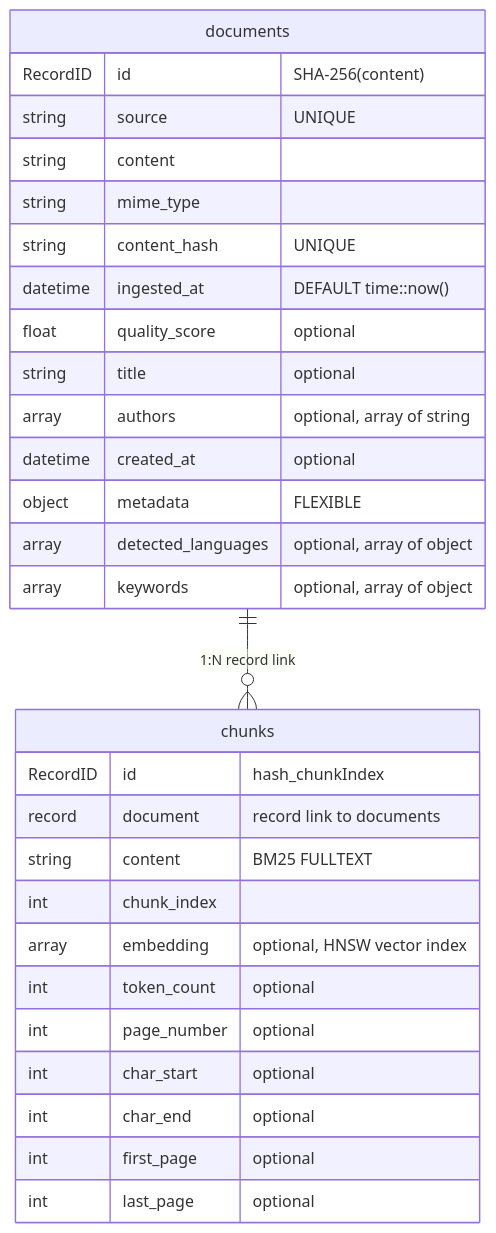
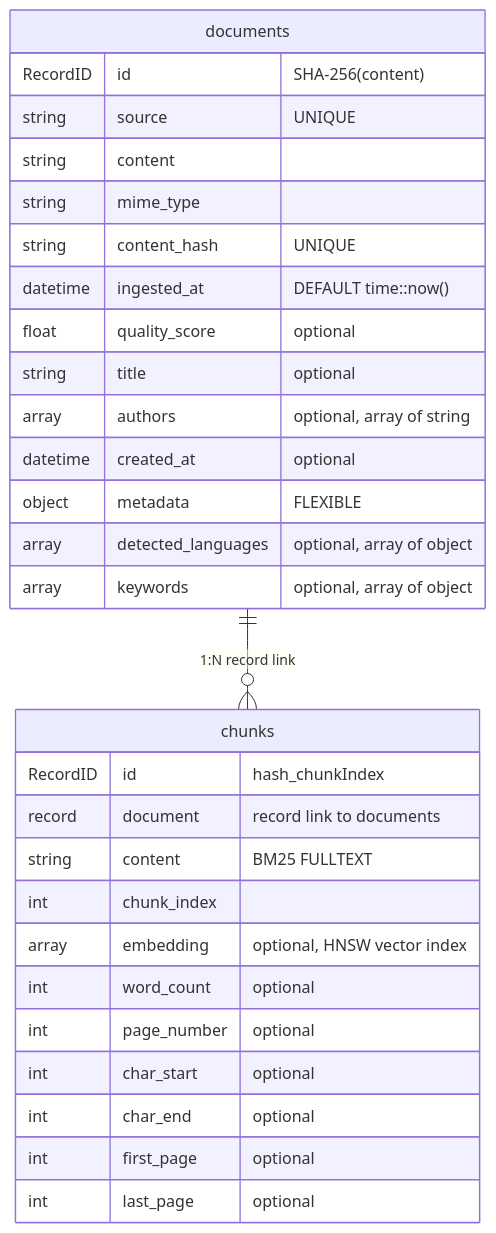
One commit to kreuzberg-dev/kreuzberg-surrealdb changed the second of 2 diagrams in README.md. Above: the diagram before and after it, drawn with Mermaid. The commit also changed 12 other files, not shown here.

````diff
--- a/README.md
+++ b/README.md
@@ -346,32 +346,32 @@
 ```mermaid
 erDiagram
     documents ||--o{ chunks : "1:N record link"
     documents {
         RecordID id "SHA-256(content)"
         string source "UNIQUE"
         string content
         string mime_type
         string content_hash "UNIQUE"
         datetime ingested_at "DEFAULT time::now()"
         float quality_score "optional"
         string title "optional"
         array authors "optional, array of string"
         datetime created_at "optional"
         object metadata "FLEXIBLE"
         array detected_languages "optional, array of object"
         array keywords "optional, array of object"
     }
     chunks {
         RecordID id "hash_chunkIndex"
         record document "record link to documents"
         string content "BM25 FULLTEXT"
         int chunk_index
         array embedding "optional, HNSW vector index"
-        int token_count "optional"
+        int word_count "optional"
         int page_number "optional"
         int char_start "optional"
         int char_end "optional"
         int first_page "optional"
         int last_page "optional"
     }
 ```
````
